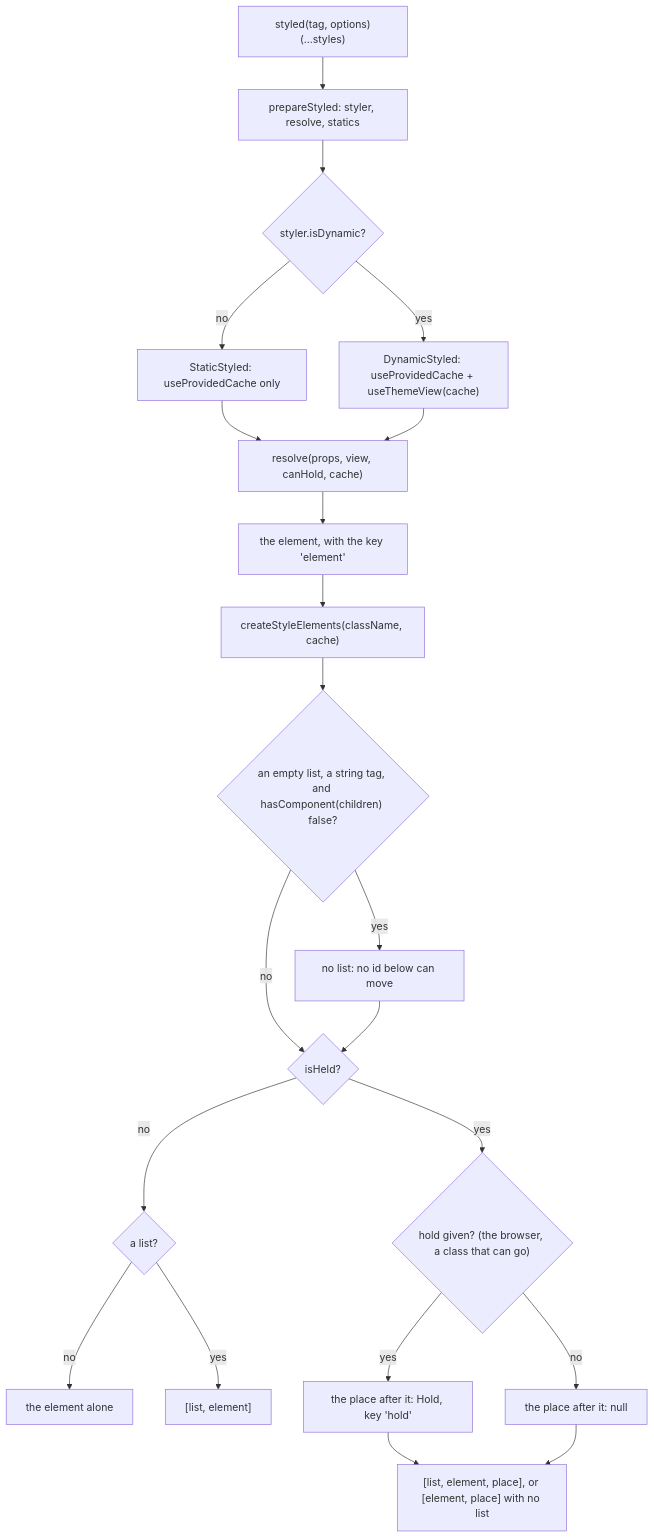
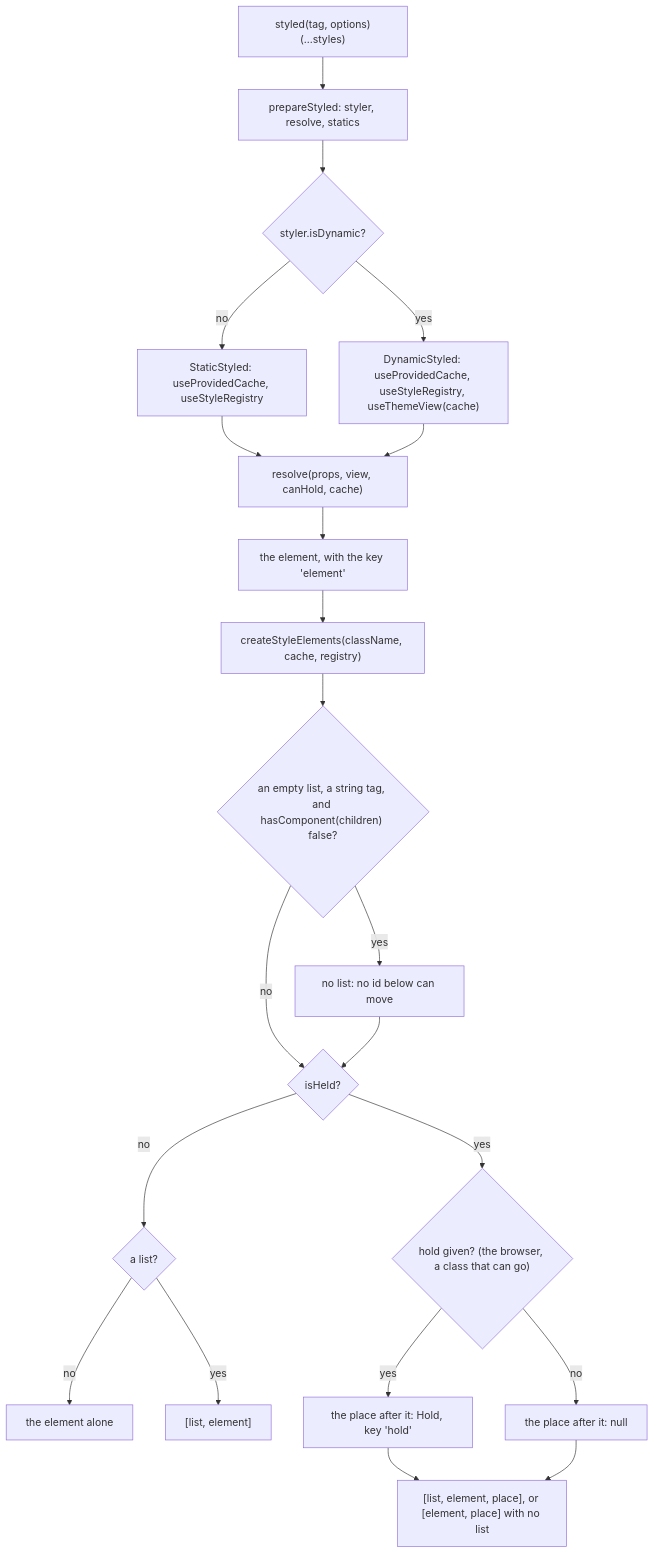
The diagram in packages/react/src/styled.md (soroush-tech/umber-style), drawn with Mermaid before and after one commit. The commit also changed other lines of this file and 45 other files, not shown here.

Commit message:
feat(react): StyleRegistry from @umber-style/react/next places the styles of a Next.js page in the head and between streamed pieces, never among its elements, for Next.js ^16.4.6 - close #70

````diff
--- a/packages/react/src/styled.md
+++ b/packages/react/src/styled.md
@@ -22,23 +22,23 @@
 ```mermaid
 flowchart TD
   call["styled(tag, options)(...styles)"] --> prep["prepareStyled: styler, resolve, statics"]
   prep --> dyn{"styler.isDynamic?"}
-  dyn -->|no| st["StaticStyled: useProvidedCache only"]
-  dyn -->|yes| dy["DynamicStyled: useProvidedCache + useThemeView(cache)"]
+  dyn -->|no| st["StaticStyled: useProvidedCache, useStyleRegistry"]
+  dyn -->|yes| dy["DynamicStyled: useProvidedCache, useStyleRegistry, useThemeView(cache)"]
   st --> res["resolve(props, view, canHold, cache)"]
   dy --> res
   res --> key["the element, with the key 'element'"]
-  key --> els["createStyleElements(className, cache)"]
+  key --> els["createStyleElements(className, cache, registry)"]
   els --> leaf{"an empty list, a string tag, and hasComponent(children) false?"}
   leaf -->|yes| none["no list: no id below can move"]
   leaf -->|no| held
   none --> held{"isHeld?"}
   held -->|no| one{"a list?"}
   one -->|no| e["the element alone"]
   one -->|yes| two["[list, element]"]
   held -->|yes| after{"hold given? (the browser, a class that can go)"}
   after -->|yes| h["the place after it: Hold, key 'hold'"]
   after -->|no| n["the place after it: null"]
   h --> three["[list, element, place], or [element, place] with no list"]
   n --> three
 ```
````
